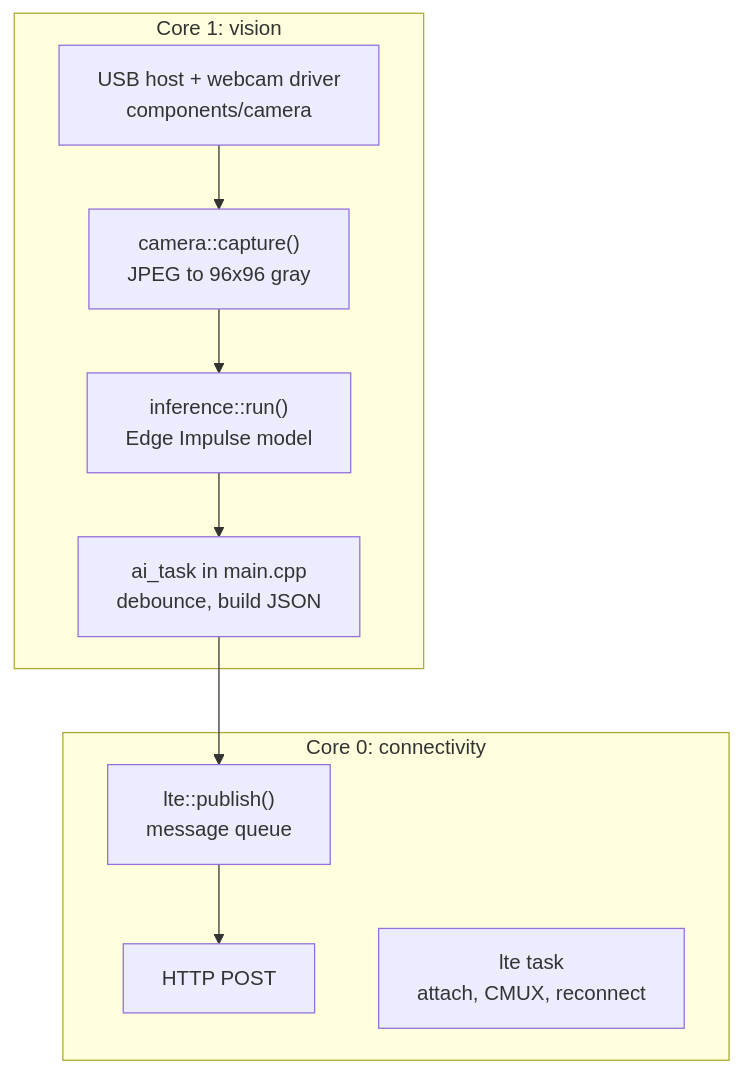
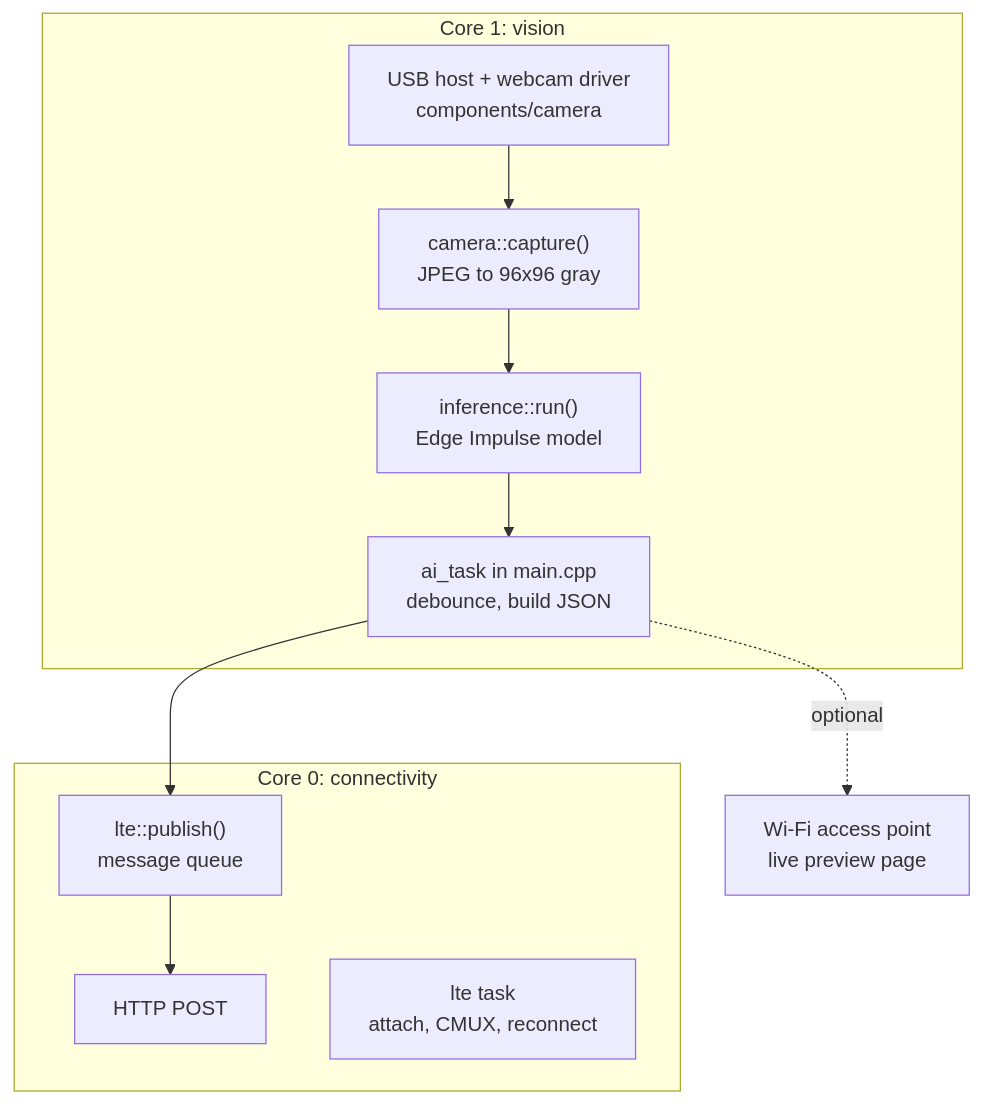
The diagram in docs/how-it-works.md (mferuscomelo/f1-facial-recognition), drawn with Mermaid before and after one commit. The commit also changed other lines of this file and 15 other files, not shown here.

First line of the commit message:
Optional live preview over Wi-Fi: F1 access point + web page with camera and face boxes

````diff
--- a/docs/how-it-works.md
+++ b/docs/how-it-works.md
@@ -5,13 +5,14 @@
 ```mermaid
 flowchart TB
     subgraph core1 ["Core 1: vision"]
         usb["USB host + webcam driver<br/>components/camera"] --> cap["camera::capture()<br/>JPEG to 96x96 gray"]
         cap --> run["inference::run()<br/>Edge Impulse model"]
         run --> app["ai_task in main.cpp<br/>debounce, build JSON"]
     end
     subgraph core0 ["Core 0: connectivity"]
         q["lte::publish()<br/>message queue"] --> http["HTTP POST"]
         sup["lte task<br/>attach, CMUX, reconnect"]
     end
     app --> q
+    app -.->|optional| web["Wi-Fi access point<br/>live preview page"]
 ```
````
